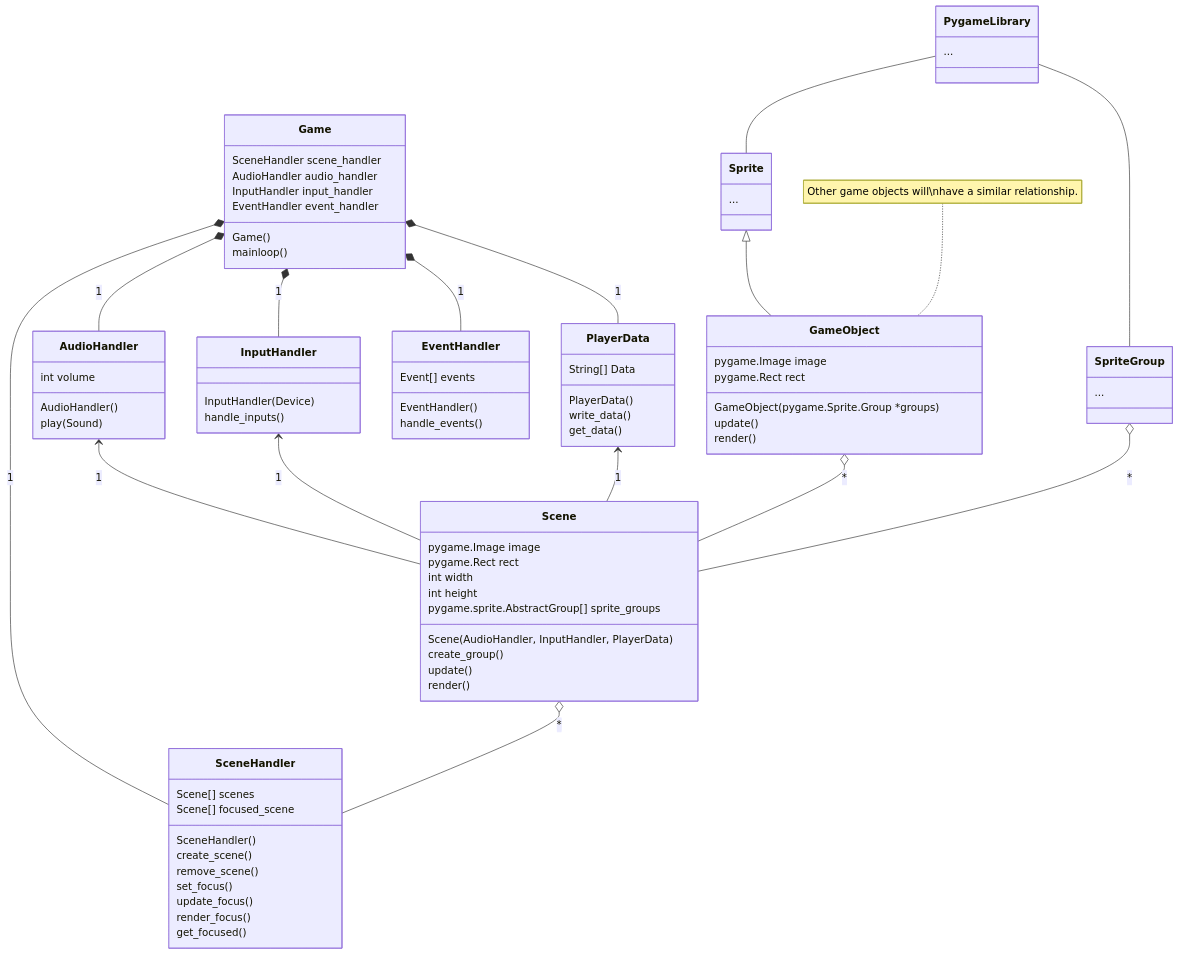
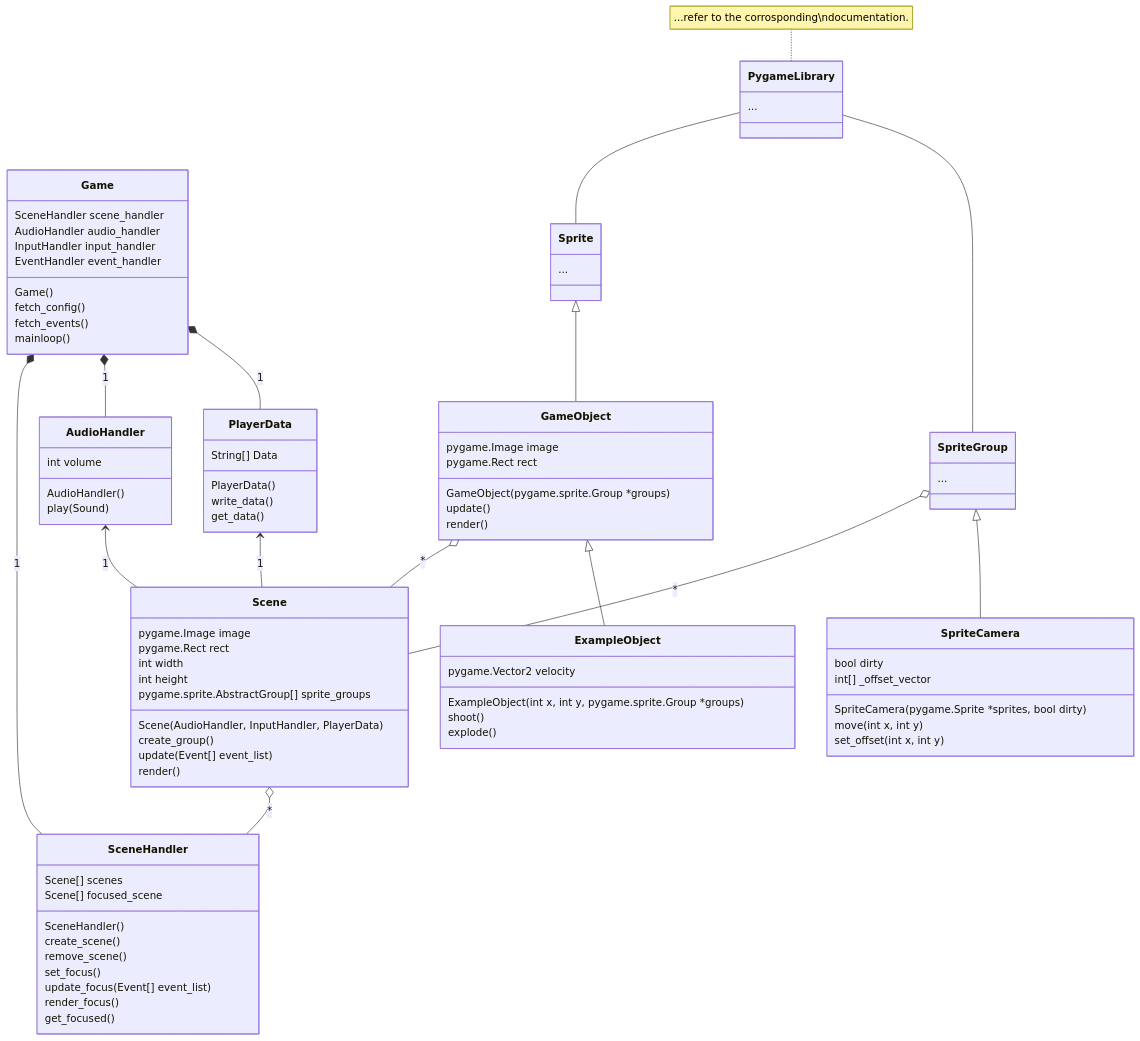
One commit to Anthony-de-cruz/Minesweeper changed the diagram in README.md. Above: the diagram before and after it, drawn with Mermaid. The commit also changed other lines of this file and 6 other files, not shown here.

````diff
--- a/README.md
+++ b/README.md
@@ -35,6 +36,8 @@
 
         Game()
 
+        fetch_config()
+        fetch_events()
         mainloop()
 }
 
@@ -42,6 +45,8 @@
 class PygameLibrary {
         ...
 }
+
+note for PygameLibrary "...refer to the corrosponding\ndocumentation."
 
 class Sprite {
         ...
@@ -64,7 +69,7 @@
         create_scene()
         remove_scene()
         set_focus()
-        update_focus()
+        update_focus(Event[] event_list)
         render_focus()
         get_focused()
 }
@@ -82,26 +87,6 @@
 }
 
 Game *-- AudioHandler : 1
-
-class InputHandler {
-        
-        InputHandler(Device)
-
-        handle_inputs()
-}
-
-Game *-- InputHandler : 1
-
-class EventHandler {
-
-        Event[] events
-
-        EventHandler()
-
-        handle_events()
-}
-
-Game *-- EventHandler : 1
 
 class PlayerData {
 
@@ -125,14 +110,13 @@
         Scene(AudioHandler, InputHandler, PlayerData)
 
         create_group()
-        update()
+        update(Event[] event_list)
         render()
 }
 
 SpriteGroup o-- Scene : *
 GameObject o-- Scene : *
 AudioHandler <-- Scene : 1
-InputHandler <-- Scene : 1
 PlayerData <-- Scene : 1
 
 class GameObject {
@@ -140,7 +124,7 @@
         pygame.Image image
         pygame.Rect rect
 
-        GameObject(pygame.Sprite.Group *groups)
+        GameObject(pygame.sprite.Group *groups)
 
         update()
         render()
@@ -148,6 +132,29 @@
 
 Sprite <|-- GameObject
 
-note for GameObject "Other game objects will\nhave a similar relationship."
+class ExampleObject {
+
+        pygame.Vector2 velocity
+
+        ExampleObject(int x, int y, pygame.sprite.Group *groups)
+
+        shoot()
+        explode()
+}
+
+GameObject <|-- ExampleObject
+
+class SpriteCamera {
+
+        bool dirty
+        int[] _offset_vector
+
+        SpriteCamera(pygame.Sprite *sprites, bool dirty)
+
+        move(int x, int y)
+        set_offset(int x, int y)
+}
+
+SpriteGroup <|-- SpriteCamera
 
 ```
````
